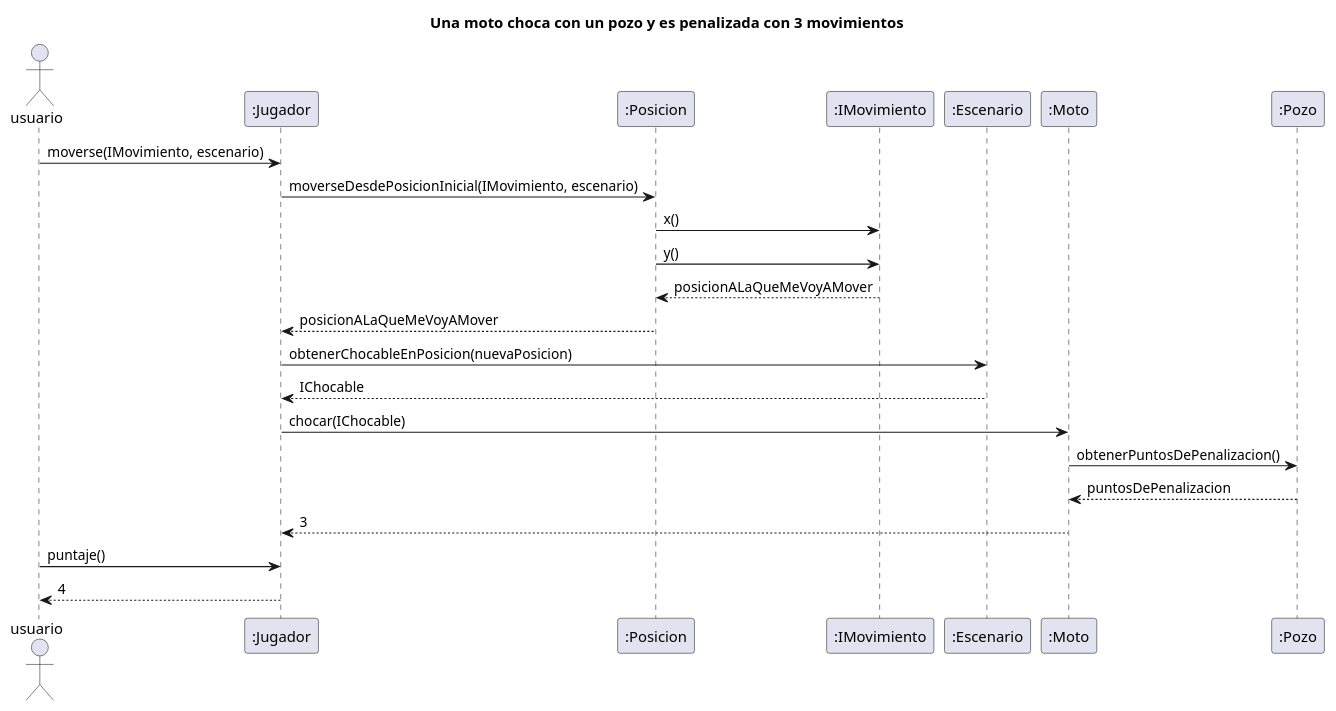
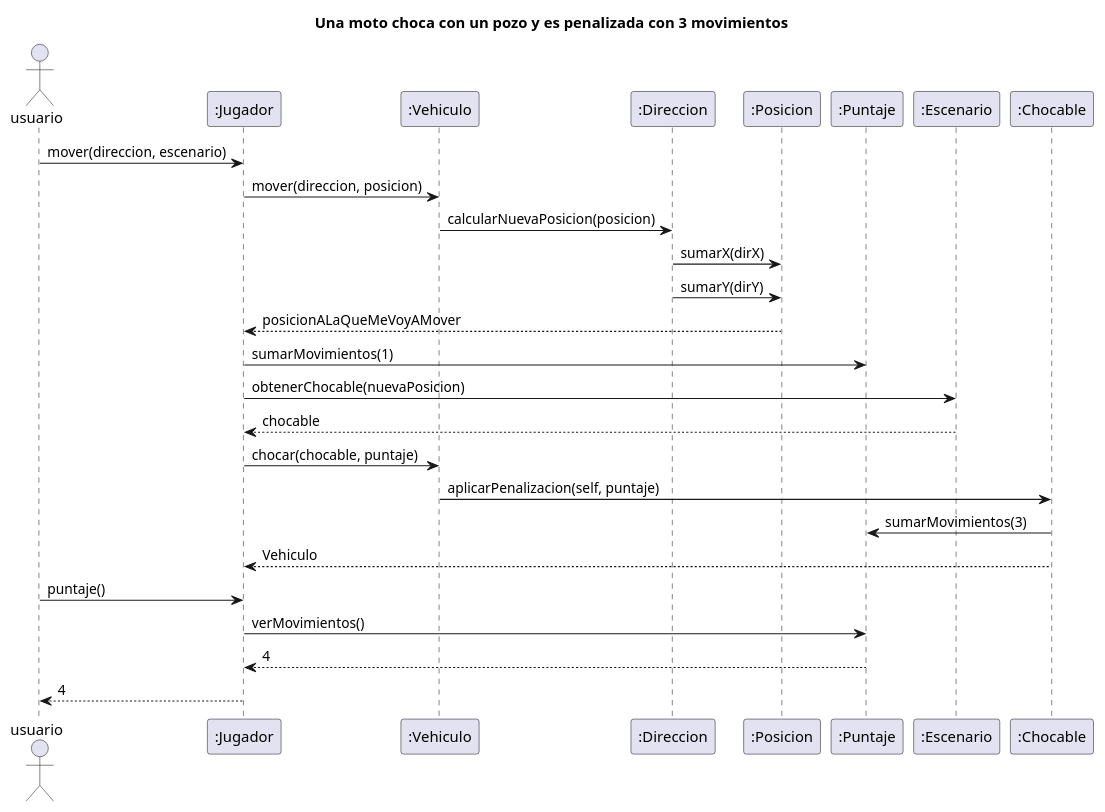
Before and after one commit to NestorPala/T17-GPSChallenge: the diagram in diagrams/sequences/moto_choca_pozo.puml, drawn with PlantUML. The commit also changed 3 other files, not shown here.

Commit message:
Actualizo diagramas de clases y secuencia

```diff
--- a/diagrams/sequences/moto_choca_pozo.puml
+++ b/diagrams/sequences/moto_choca_pozo.puml
@@ -1,20 +1,24 @@
 @startuml
 title Una moto choca con un pozo y es penalizada con 3 movimientos
 Actor usuario
 
-"usuario" -> ":Jugador": moverse(IMovimiento, escenario)
-":Jugador" -> ":Posicion": moverseDesdePosicionInicial(IMovimiento, escenario)
-":Posicion" -> ":IMovimiento": x()
-":Posicion" -> ":IMovimiento": y()
-return posicionALaQueMeVoyAMover
+"usuario" -> ":Jugador": mover(direccion, escenario)
+":Jugador" -> ":Vehiculo": mover(direccion, posicion)
+":Vehiculo" -> ":Direccion": calcularNuevaPosicion(posicion)
+":Direccion" -> ":Posicion": sumarX(dirX)
+":Direccion" -> ":Posicion": sumarY(dirY)
 ":Posicion" --> ":Jugador": posicionALaQueMeVoyAMover
-":Jugador" -> ":Escenario": obtenerChocableEnPosicion(nuevaPosicion)
-":Escenario" --> ":Jugador": IChocable
-":Jugador" -> ":Moto": chocar(IChocable)
-":Moto" -> ":Pozo": obtenerPuntosDePenalizacion()
-return puntosDePenalizacion
-":Moto" --> ":Jugador": 3
+":Jugador" -> ":Puntaje": sumarMovimientos(1)
+":Jugador" -> ":Escenario": obtenerChocable(nuevaPosicion)
+":Escenario" --> ":Jugador": chocable
+":Jugador" -> ":Vehiculo": chocar(chocable, puntaje)
+":Vehiculo" -> ":Chocable": aplicarPenalizacion(self, puntaje)
+":Chocable" -> ":Puntaje" : sumarMovimientos(3)
+":Chocable" --> ":Jugador" : Vehiculo
+
 "usuario" -> ":Jugador": puntaje()
+":Jugador" -> ":Puntaje": verMovimientos()
 return 4
+":Jugador" --> "usuario" : 4
 
 @enduml
```
